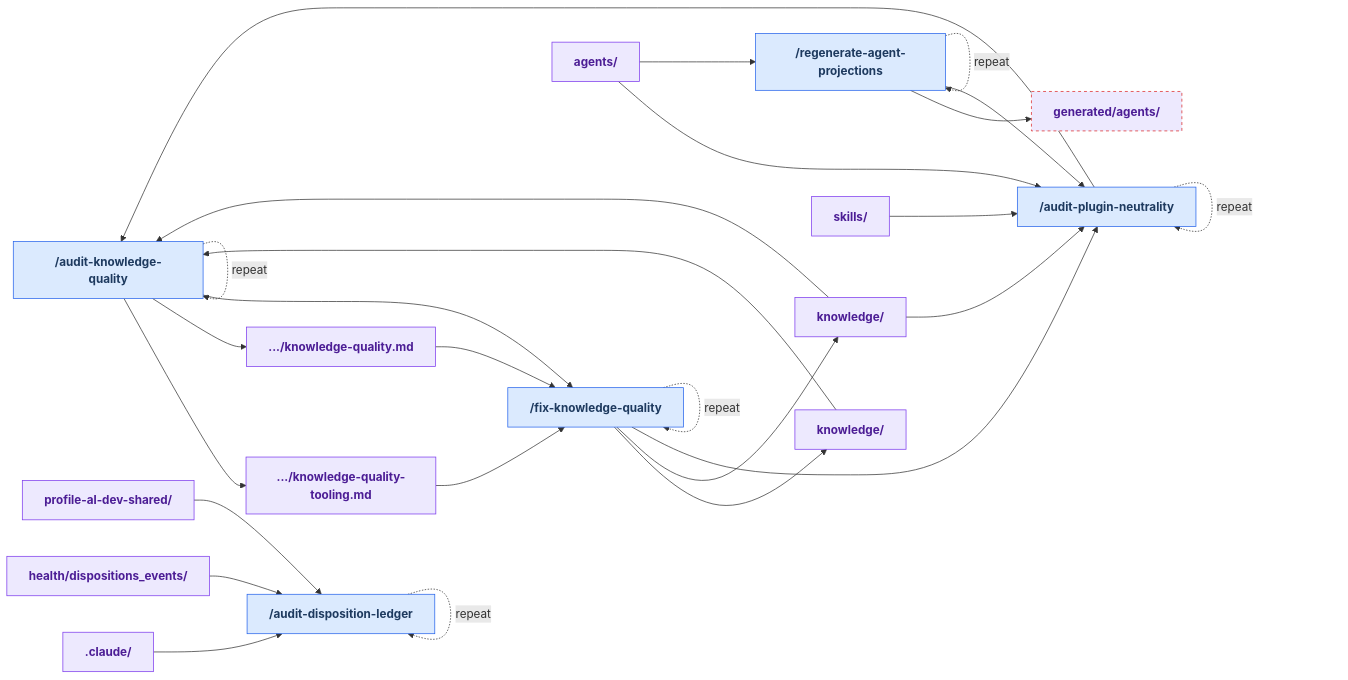
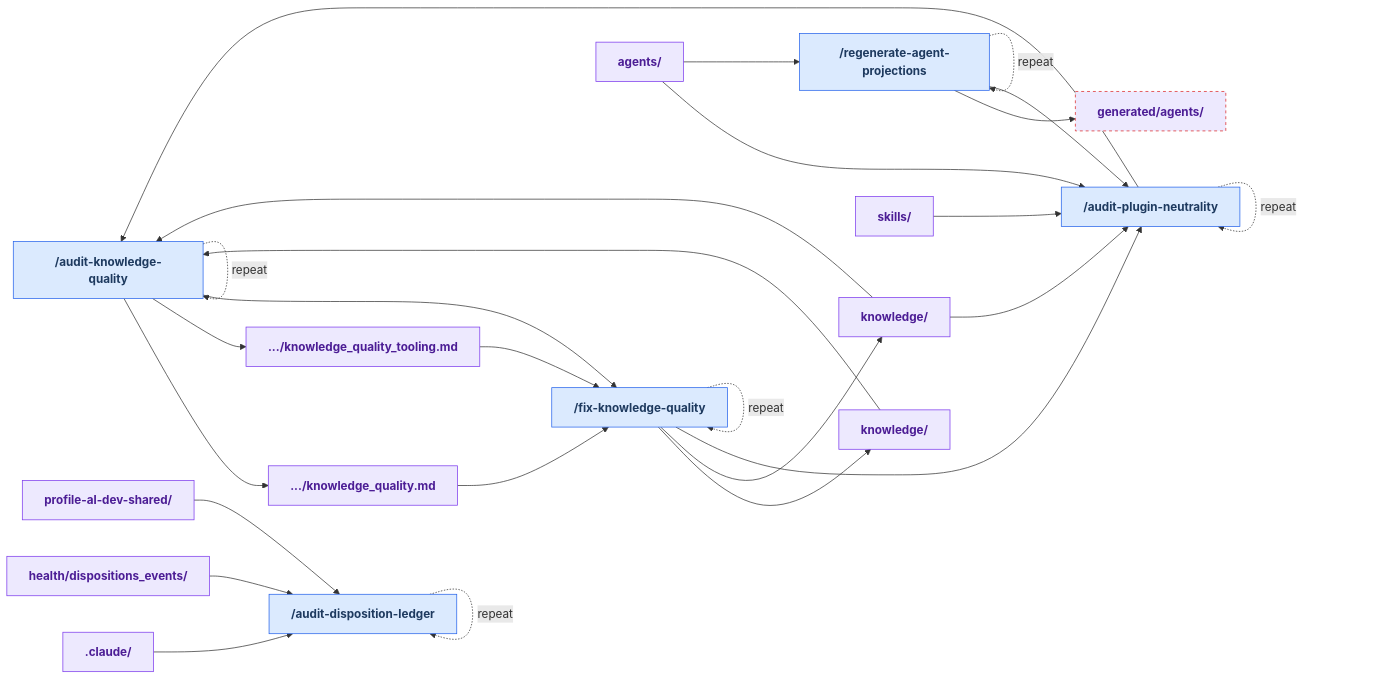
One commit to russell-laing/al-dev-shared changed the diagram in docs/maintainer_tooling/derive.md. Above: the diagram before and after it, drawn with Mermaid. The commit also changed 27 other files, not shown here.

First line of the commit message:
🚚 refactor(maps): migrate map/graph doc names hyphen -> underscore

````diff
--- a/docs/maintainer_tooling/derive.md
+++ b/docs/maintainer_tooling/derive.md
@@ -62,66 +62,66 @@
 ```mermaid
 flowchart LR
     classDef userSkill fill:#dbeafe,stroke:#2563eb,color:#1e3a5f,font-weight:bold
     classDef internalSkill fill:#f3f4f6,stroke:#6b7280,color:#374151,stroke-dasharray:5 5,font-weight:bold
     classDef artifact fill:#ede9fe,stroke:#7c3aed,color:#4c1d95,font-weight:bold
     classDef orphanArtifact fill:#ede9fe,stroke:#dc2626,color:#4c1d95,stroke-dasharray:4 4,font-weight:bold
     classDef manualStep fill:#fef3c7,stroke:#d97706,color:#78350f,font-weight:bold
 
     skill_audit_disposition_ledger["/audit-disposition-ledger"]
     skill_audit_knowledge_quality["/audit-knowledge-quality"]
     skill_audit_plugin_neutrality["/audit-plugin-neutrality"]
     skill_fix_knowledge_quality["/fix-knowledge-quality"]
     skill_regenerate_agent_projections["/regenerate-agent-projections"]
     art__claude_[".claude/"]
     art__claude_knowledge_["knowledge/"]
     art_docs_health_dispositions_events_["health/dispositions_events/"]
-    art_docs_knowledge_quality_tooling_md[".../knowledge-quality-tooling.md"]
-    art_docs_knowledge_quality_md[".../knowledge-quality.md"]
+    art_docs_knowledge_quality_md[".../knowledge_quality.md"]
+    art_docs_knowledge_quality_tooling_md[".../knowledge_quality_tooling.md"]
     art_profile_al_dev_shared_["profile-al-dev-shared/"]
     art_profile_al_dev_shared_agents_["agents/"]
     art_profile_al_dev_shared_generated_agents_["generated/agents/"]
     art_profile_al_dev_shared_knowledge_["knowledge/"]
     art_profile_al_dev_shared_skills_["skills/"]
 
     art__claude_ --> skill_audit_disposition_ledger
     art_docs_health_dispositions_events_ --> skill_audit_disposition_ledger
     art_profile_al_dev_shared_ --> skill_audit_disposition_ledger
     skill_audit_disposition_ledger -. "repeat" .-> skill_audit_disposition_ledger
     art__claude_knowledge_ --> skill_audit_knowledge_quality
     art_profile_al_dev_shared_knowledge_ --> skill_audit_knowledge_quality
+    skill_audit_knowledge_quality --> art_docs_knowledge_quality_md
     skill_audit_knowledge_quality --> art_docs_knowledge_quality_tooling_md
-    skill_audit_knowledge_quality --> art_docs_knowledge_quality_md
     skill_audit_knowledge_quality --> skill_fix_knowledge_quality
     skill_audit_knowledge_quality -. "repeat" .-> skill_audit_knowledge_quality
     art_profile_al_dev_shared_agents_ --> skill_audit_plugin_neutrality
     art_profile_al_dev_shared_knowledge_ --> skill_audit_plugin_neutrality
     art_profile_al_dev_shared_skills_ --> skill_audit_plugin_neutrality
     skill_audit_plugin_neutrality --> skill_audit_knowledge_quality
     skill_audit_plugin_neutrality -. "repeat" .-> skill_audit_plugin_neutrality
+    art_docs_knowledge_quality_md --> skill_fix_knowledge_quality
     art_docs_knowledge_quality_tooling_md --> skill_fix_knowledge_quality
-    art_docs_knowledge_quality_md --> skill_fix_knowledge_quality
     skill_fix_knowledge_quality --> art__claude_knowledge_
     skill_fix_knowledge_quality --> art_profile_al_dev_shared_knowledge_
     skill_fix_knowledge_quality --> skill_audit_plugin_neutrality
     skill_fix_knowledge_quality -. "repeat" .-> skill_fix_knowledge_quality
     art_profile_al_dev_shared_agents_ --> skill_regenerate_agent_projections
     skill_regenerate_agent_projections --> art_profile_al_dev_shared_generated_agents_
     skill_regenerate_agent_projections --> skill_audit_plugin_neutrality
     skill_regenerate_agent_projections -. "repeat" .-> skill_regenerate_agent_projections
 
     class skill_audit_disposition_ledger userSkill
     class skill_audit_knowledge_quality userSkill
     class skill_audit_plugin_neutrality userSkill
     class skill_fix_knowledge_quality userSkill
     class skill_regenerate_agent_projections userSkill
     class art__claude_ artifact
     class art__claude_knowledge_ artifact
     class art_docs_health_dispositions_events_ artifact
+    class art_docs_knowledge_quality_md artifact
     class art_docs_knowledge_quality_tooling_md artifact
-    class art_docs_knowledge_quality_md artifact
     class art_profile_al_dev_shared_ artifact
     class art_profile_al_dev_shared_agents_ artifact
     class art_profile_al_dev_shared_generated_agents_ orphanArtifact
     class art_profile_al_dev_shared_knowledge_ artifact
     class art_profile_al_dev_shared_skills_ artifact
 ```
````
